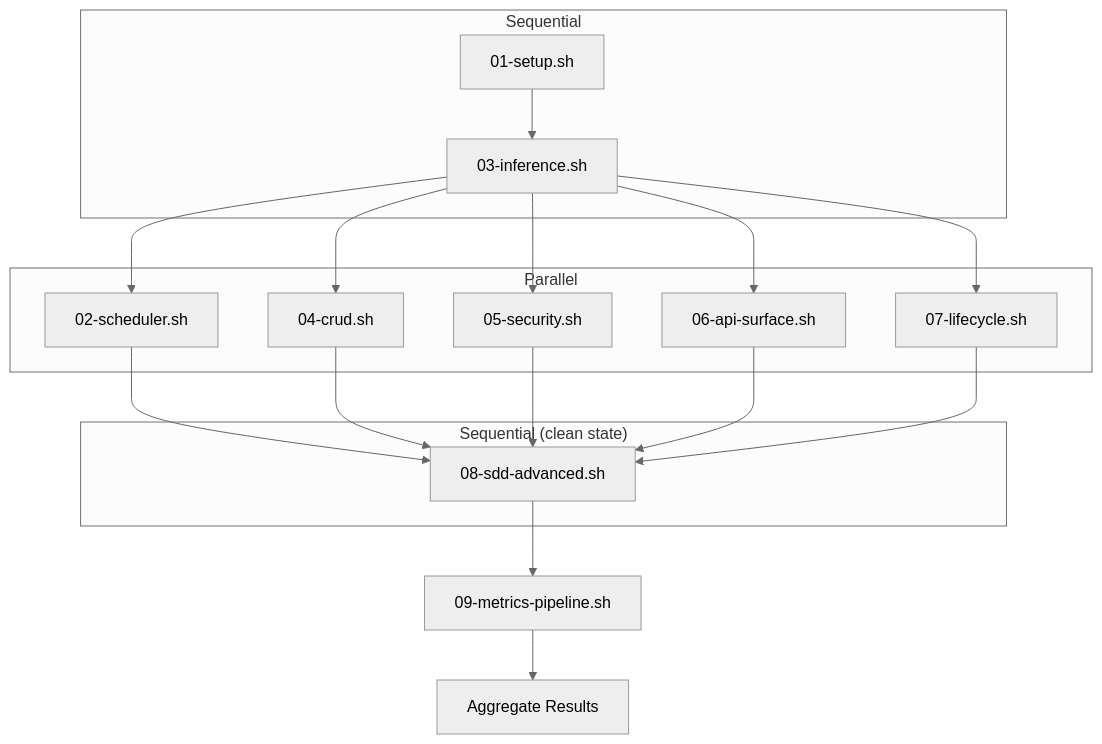
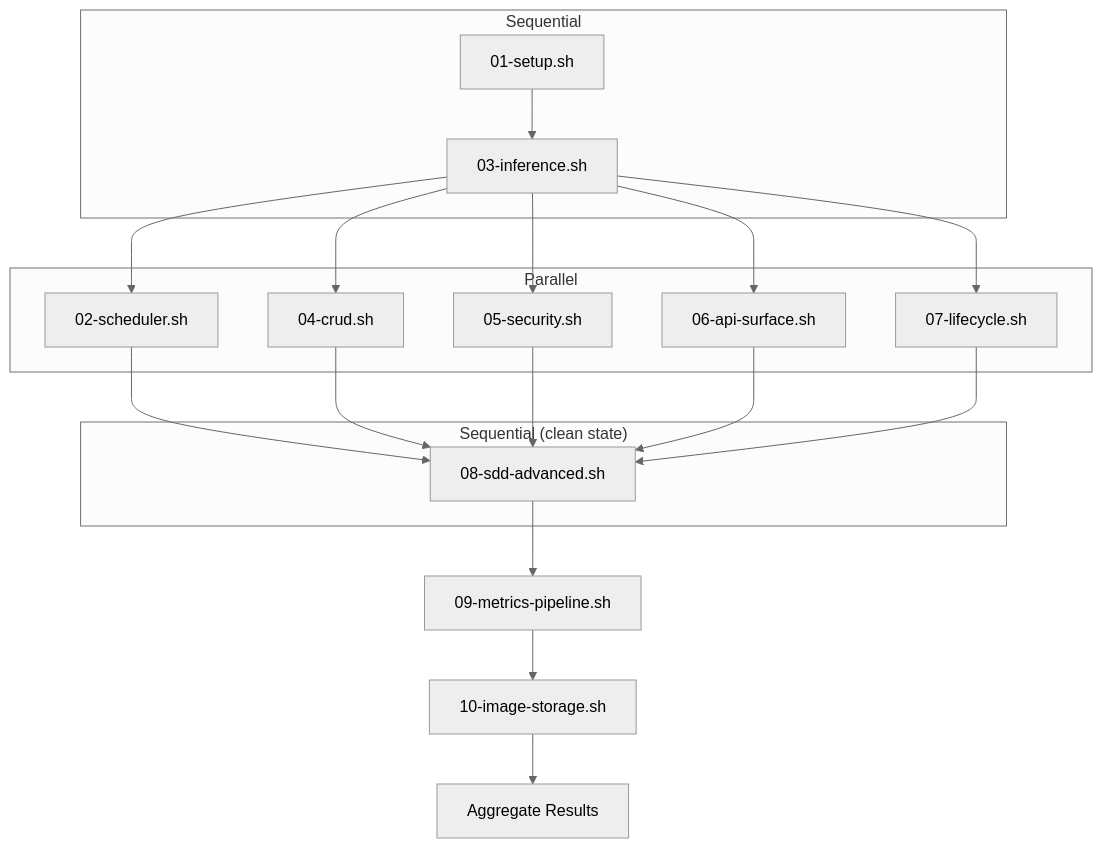
The first of 9 diagrams in scripts/e2e/README.md (beegy-labs/veronex), drawn with Mermaid (neutral theme) before and after one commit. The commit also changed other lines of this file and 2 other files, not shown here.

Commit message:
docs(cdd): fill remaining gaps — OpenAI SSE fields, 10-image-storage E2E docs

````diff
--- a/scripts/e2e/README.md
+++ b/scripts/e2e/README.md
@@ -23,25 +23,26 @@
 ```mermaid
 flowchart TD
     subgraph "Sequential"
         S01["01-setup.sh"]
         S03["03-inference.sh"]
         S01 --> S03
     end
 
     subgraph "Parallel"
         P02["02-scheduler.sh"]
         P04["04-crud.sh"]
         P05["05-security.sh"]
         P06["06-api-surface.sh"]
         P07["07-lifecycle.sh"]
     end
 
     subgraph "Sequential (clean state)"
         S08["08-sdd-advanced.sh"]
     end
 
     S03 --> P02 & P04 & P05 & P06 & P07
     P02 & P04 & P05 & P06 & P07 --> S08
     S08 --> S09["09-metrics-pipeline.sh"]
-    S09 --> Result["Aggregate Results"]
+    S09 --> S10["10-image-storage.sh"]
+    S10 --> Result["Aggregate Results"]
 ```
````
